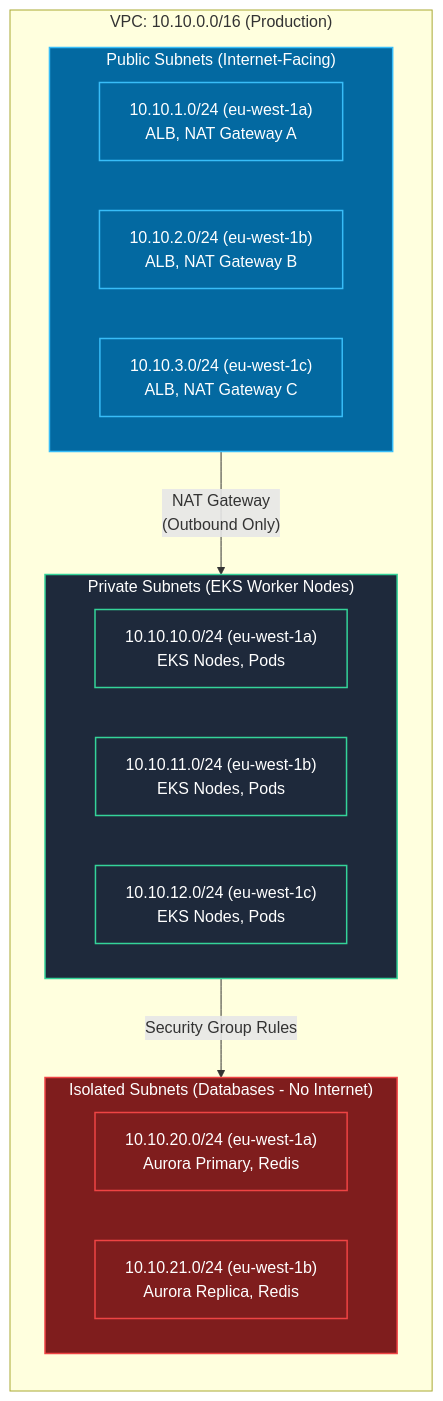
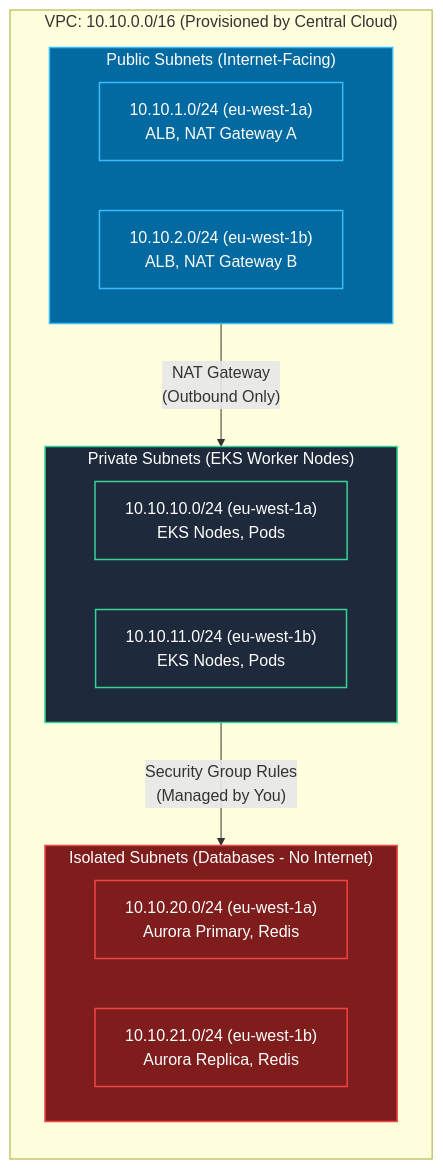
One commit to pvsafwa/devops-course-playbook changed diagram 15 of 16 in DevOps_CI_CD_Master_Engineering_Blueprint.md. Above: the diagram before and after it, drawn with Mermaid. The commit also changed other lines of this file, not shown here.

````diff
--- a/DevOps_CI_CD_Master_Engineering_Blueprint.md
+++ b/DevOps_CI_CD_Master_Engineering_Blueprint.md
@@ -1560,28 +1560,26 @@
 ```mermaid
 flowchart TD
-    subgraph VPC["VPC: 10.10.0.0/16 (Production)"]
+    subgraph VPC["VPC: 10.10.0.0/16 (Provisioned by Central Cloud)"]
         direction TB
         subgraph PublicSubnets["Public Subnets (Internet-Facing)"]
             PubA["10.10.1.0/24 (eu-west-1a)<br/>ALB, NAT Gateway A"]
             PubB["10.10.2.0/24 (eu-west-1b)<br/>ALB, NAT Gateway B"]
-            PubC["10.10.3.0/24 (eu-west-1c)<br/>ALB, NAT Gateway C"]
         end
         subgraph PrivateSubnets["Private Subnets (EKS Worker Nodes)"]
             PrivA["10.10.10.0/24 (eu-west-1a)<br/>EKS Nodes, Pods"]
             PrivB["10.10.11.0/24 (eu-west-1b)<br/>EKS Nodes, Pods"]
-            PrivC["10.10.12.0/24 (eu-west-1c)<br/>EKS Nodes, Pods"]
         end
         subgraph IsolatedSubnets["Isolated Subnets (Databases - No Internet)"]
             IsoA["10.10.20.0/24 (eu-west-1a)<br/>Aurora Primary, Redis"]
             IsoB["10.10.21.0/24 (eu-west-1b)<br/>Aurora Replica, Redis"]
         end
     end
     PublicSubnets -->|"NAT Gateway<br/>(Outbound Only)"| PrivateSubnets
-    PrivateSubnets -->|"Security Group Rules"| IsolatedSubnets
+    PrivateSubnets -->|"Security Group Rules<br/>(Managed by You)"| IsolatedSubnets
     classDef pub fill:#0369a1,stroke:#38bdf8,stroke-width:1.5px,color:#ffffff;
     classDef priv fill:#1e293b,stroke:#34d399,stroke-width:1.5px,color:#ffffff;
     classDef iso fill:#7f1d1d,stroke:#ef4444,stroke-width:1.5px,color:#ffffff;
-    class PublicSubnets,PubA,PubB,PubC pub;
-    class PrivateSubnets,PrivA,PrivB,PrivC priv;
+    class PublicSubnets,PubA,PubB pub;
+    class PrivateSubnets,PrivA,PrivB priv;
     class IsolatedSubnets,IsoA,IsoB iso;
 ```
````
